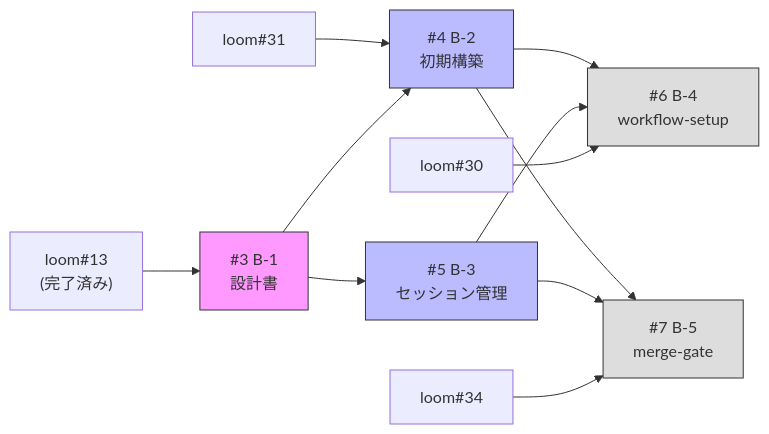
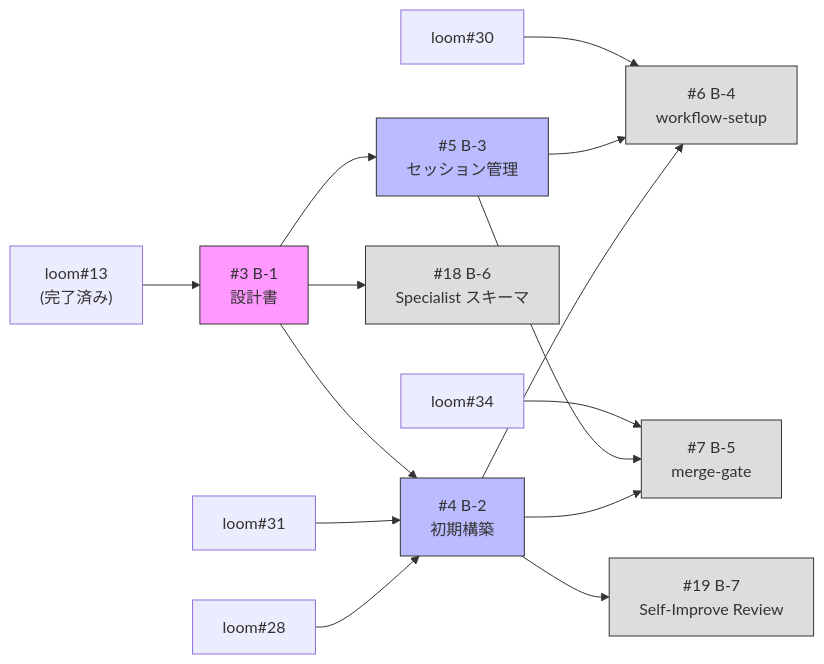
Before and after one commit to shuu5/twill: the diagram in plugins/dev/architecture/phases/01.md, drawn with Mermaid. The commit also changed other lines of this file and 4 other files, not shown here.

First line of the commit message:
fix: 最終レビュー指摘のarchitecture不整合修正

````diff
--- a/plugins/dev/architecture/phases/01.md
+++ b/plugins/dev/architecture/phases/01.md
@@ -21,19 +23,24 @@
 ```mermaid
 graph LR
     loom13["loom#13<br/>(完了済み)"] --> B1["#3 B-1<br/>設計書"]
-    loom31["loom#31"] --> B2["#4 B-2<br/>初期構築"]
+    loom28["loom#28"] --> B2["#4 B-2<br/>初期構築"]
+    loom31["loom#31"] --> B2
     B1 --> B2
     B1 --> B3["#5 B-3<br/>セッション管理"]
+    B1 --> B6["#18 B-6<br/>Specialist スキーマ"]
     B2 --> B4["#6 B-4<br/>workflow-setup"]
     B3 --> B4
     loom30["loom#30"] --> B4
     B2 --> B5["#7 B-5<br/>merge-gate"]
     B3 --> B5
     loom34["loom#34"] --> B5
+    B2 --> B7["#19 B-7<br/>Self-Improve Review"]
 
     style B1 fill:#f9f,stroke:#333
     style B2 fill:#bbf,stroke:#333
     style B3 fill:#bbf,stroke:#333
     style B4 fill:#ddd,stroke:#333
     style B5 fill:#ddd,stroke:#333
+    style B6 fill:#ddd,stroke:#333
+    style B7 fill:#ddd,stroke:#333
 ```
````
